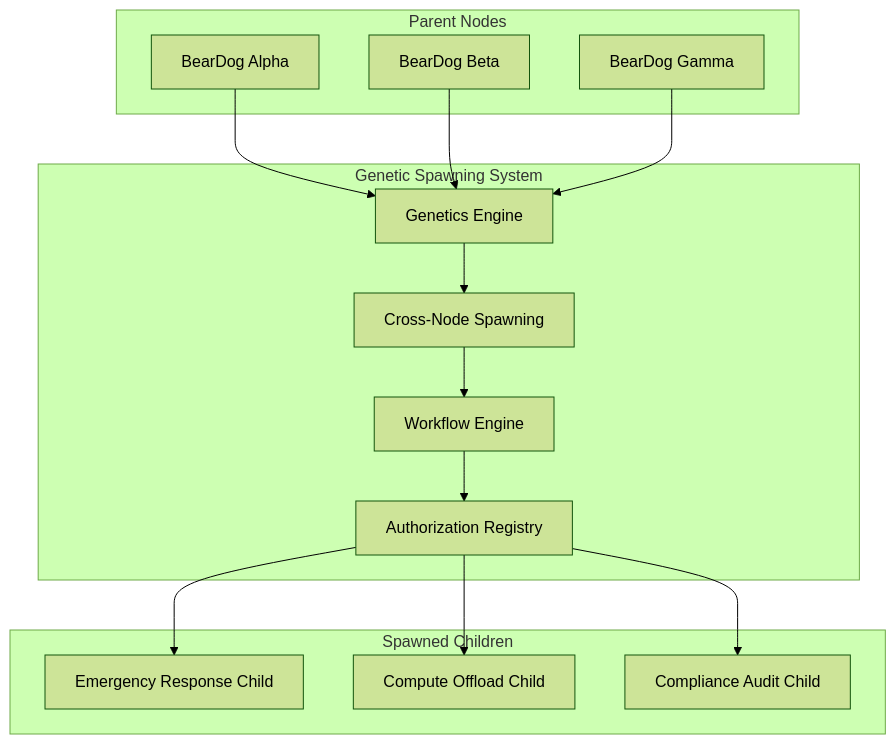
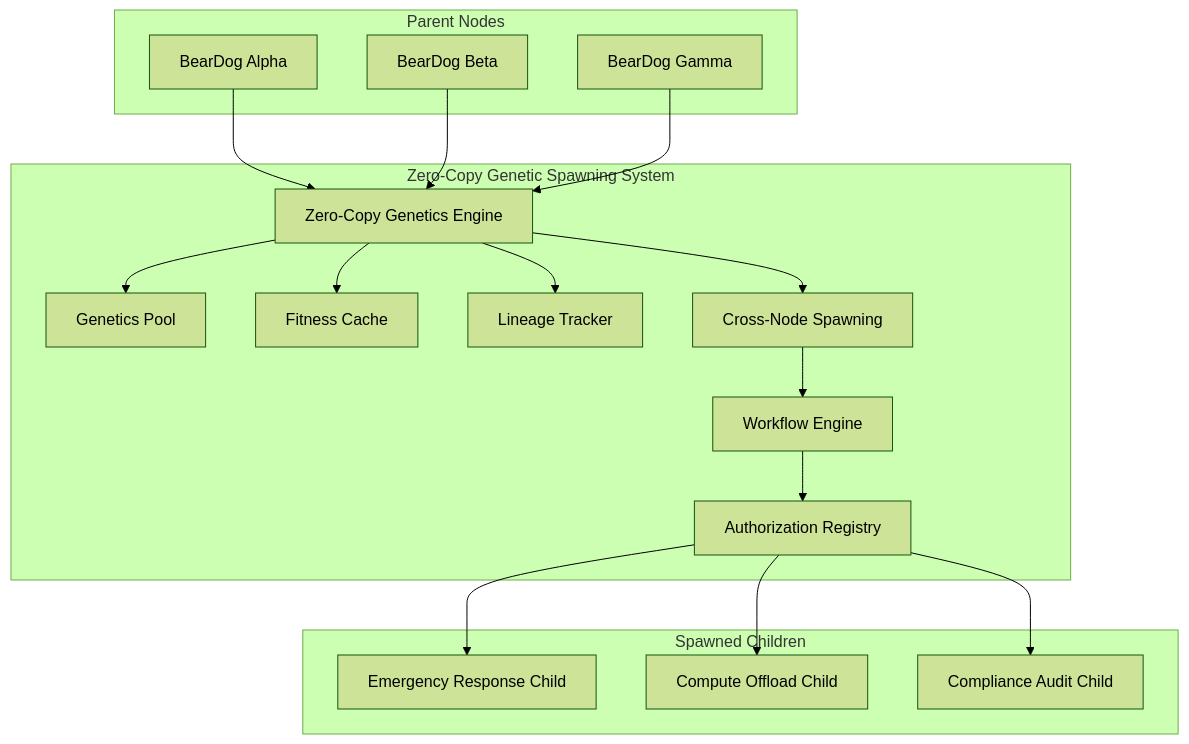
One commit to ecoPrimals/bearDog changed the second of 2 diagrams in specs/GENETIC_SPAWNING_SYSTEM.md. Above: the diagram before and after it, drawn with Mermaid (forest theme). The commit also changed other lines of this file and 193 other files, not shown here.

````diff
--- a/specs/GENETIC_SPAWNING_SYSTEM.md
+++ b/specs/GENETIC_SPAWNING_SYSTEM.md
@@ -15,31 +303,37 @@
 ```mermaid
 graph TB
-    subgraph "Genetic Spawning System"
-        GE[Genetics Engine]
+    subgraph "Zero-Copy Genetic Spawning System"
+        ZGS[Zero-Copy Genetics Engine]
+        GP[Genetics Pool]
+        FC[Fitness Cache]
+        LT[Lineage Tracker]
         CNS[Cross-Node Spawning]
         WF[Workflow Engine]
         AR[Authorization Registry]
     end
     
     subgraph "Parent Nodes"
         P1[BearDog Alpha]
         P2[BearDog Beta]
         P3[BearDog Gamma]
     end
     
     subgraph "Spawned Children"
         C1[Emergency Response Child]
         C2[Compute Offload Child]
         C3[Compliance Audit Child]
     end
     
-    P1 --> GE
-    P2 --> GE
-    P3 --> GE
-    GE --> CNS
+    P1 --> ZGS
+    P2 --> ZGS
+    P3 --> ZGS
+    ZGS --> GP
+    ZGS --> FC
+    ZGS --> LT
+    ZGS --> CNS
     CNS --> WF
     WF --> AR
     AR --> C1
     AR --> C2
     AR --> C3
 ```
````
